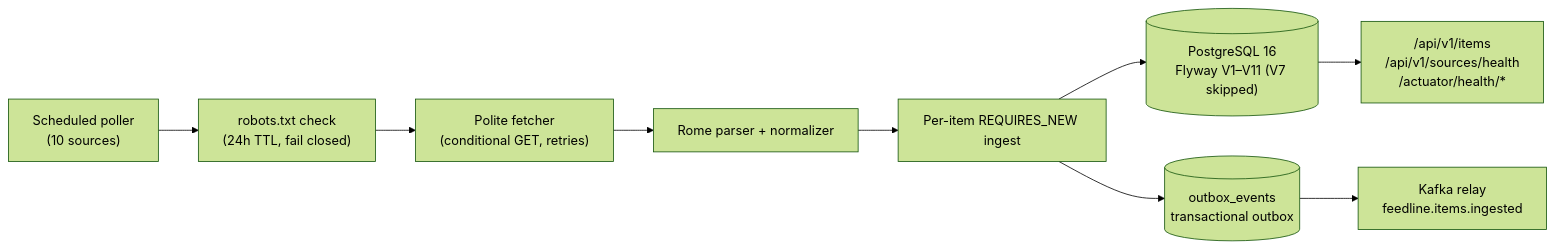
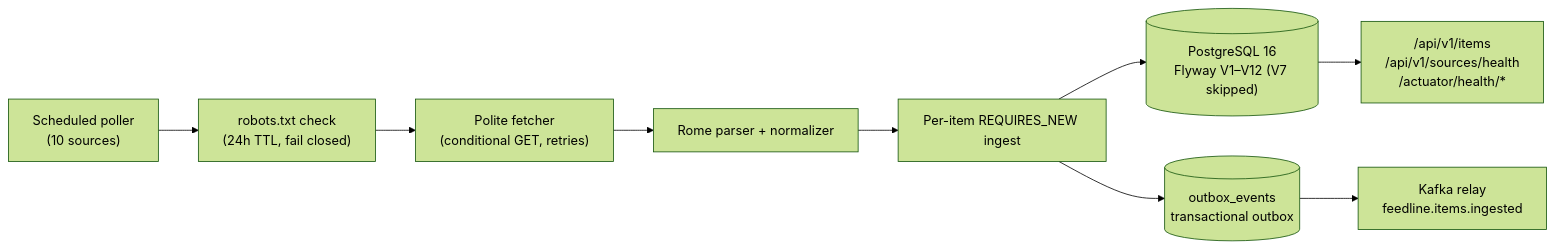
One commit to kopekijay11-hub/feedline changed the diagram in README.md. Above: the diagram before and after it, drawn with Mermaid (forest theme). The commit also changed other lines of this file and 18 other files, not shown here.

````diff
--- a/README.md
+++ b/README.md
@@ -52,11 +52,11 @@
 ```mermaid
 flowchart LR
     S["Scheduled poller<br/>(10 sources)"] --> R["robots.txt check<br/>(24h TTL, fail closed)"]
     R --> F["Polite fetcher<br/>(conditional GET, retries)"]
     F --> P["Rome parser + normalizer"]
     P --> I["Per-item REQUIRES_NEW ingest"]
-    I --> DB[("PostgreSQL 16<br/>Flyway V1–V11 (V7 skipped)")]
+    I --> DB[("PostgreSQL 16<br/>Flyway V1–V12 (V7 skipped)")]
     I --> O[("outbox_events<br/>transactional outbox")]
     O --> K["Kafka relay<br/>feedline.items.ingested"]
     DB --> A["/api/v1/items<br/>/api/v1/sources/health<br/>/actuator/health/*"]
 ```
````
